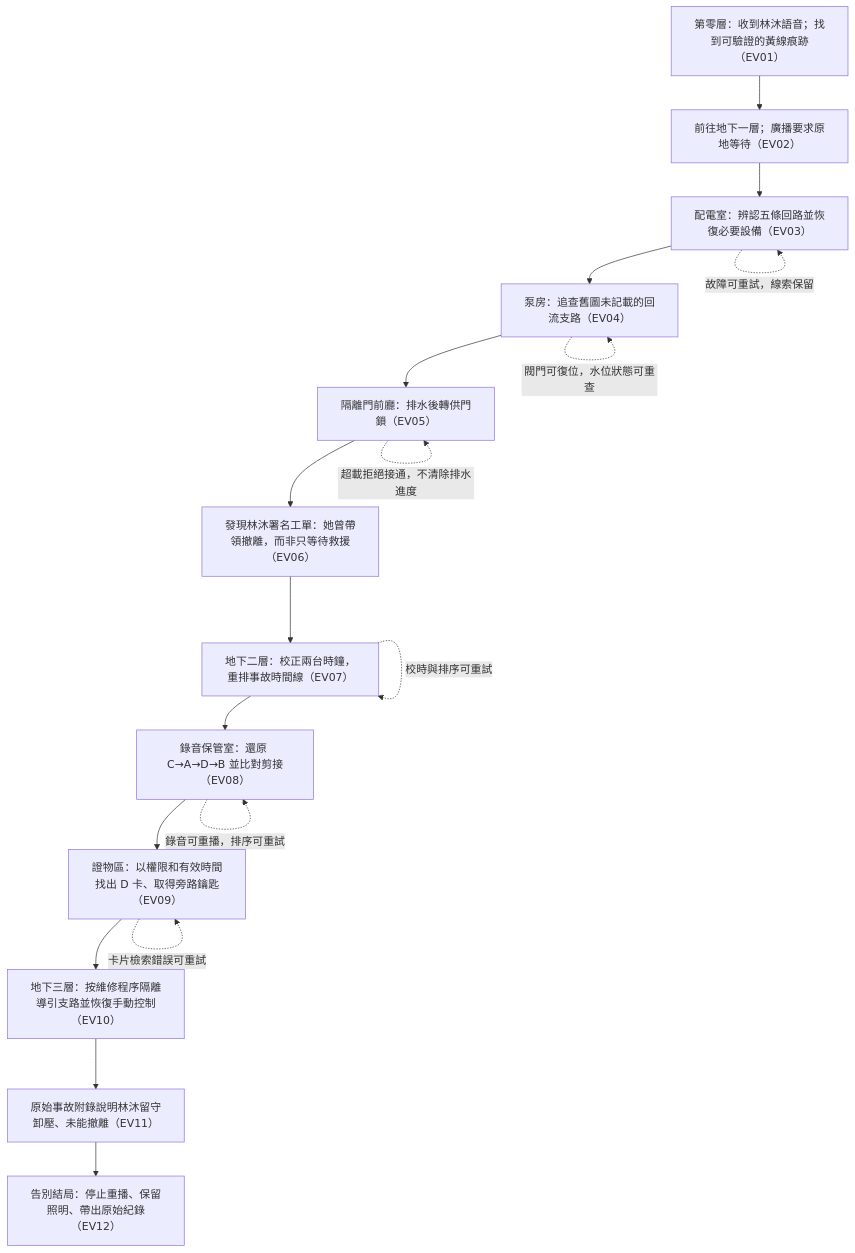
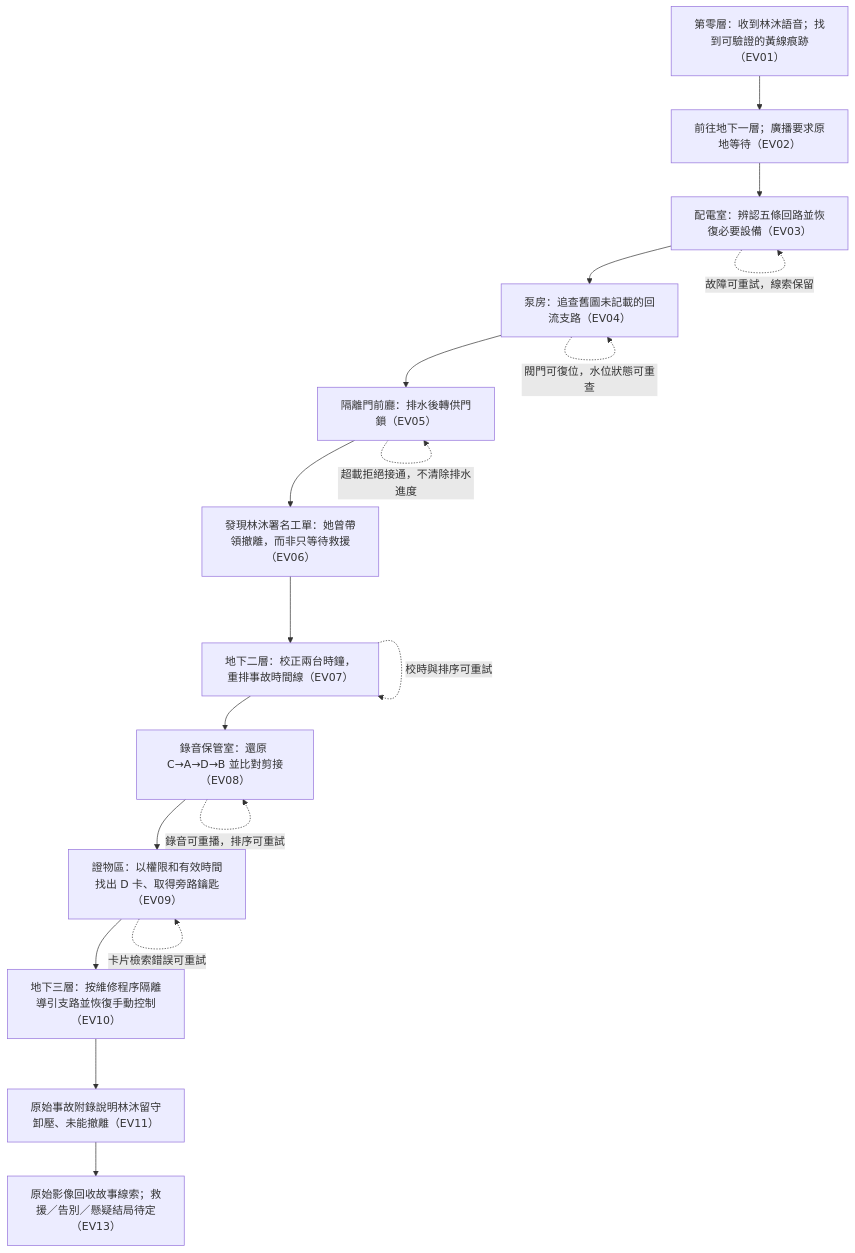
One commit to kevinliao998-bot/EscapeRoom changed the diagram in docs/Expanded-Story-Plan.md. Above: the diagram before and after it, drawn with Mermaid. The commit also changed other lines of this file, not shown here.

````diff
--- a/docs/Expanded-Story-Plan.md
+++ b/docs/Expanded-Story-Plan.md
@@ -27,20 +27,20 @@
 ```mermaid
 flowchart TD
   E01["第零層：收到林沐語音；找到可驗證的黃線痕跡（EV01）"] --> E02["前往地下一層；廣播要求原地等待（EV02）"]
   E02 --> E03["配電室：辨認五條回路並恢復必要設備（EV03）"]
   E03 --> E04["泵房：追查舊圖未記載的回流支路（EV04）"]
   E04 --> E05["隔離門前廳：排水後轉供門鎖（EV05）"]
   E05 --> E06["發現林沐署名工單：她曾帶領撤離，而非只等待救援（EV06）"]
   E06 --> E07["地下二層：校正兩台時鐘，重排事故時間線（EV07）"]
   E07 --> E08["錄音保管室：還原 C→A→D→B 並比對剪接（EV08）"]
   E08 --> E09["證物區：以權限和有效時間找出 D 卡、取得旁路鑰匙（EV09）"]
   E09 --> E10["地下三層：按維修程序隔離導引支路並恢復手動控制（EV10）"]
   E10 --> E11["原始事故附錄說明林沐留守卸壓、未能撤離（EV11）"]
-  E11 --> E12["告別結局：停止重播、保留照明、帶出原始紀錄（EV12）"]
+  E11 --> E12["原始影像回收故事線索；救援／告別／懸疑結局待定（EV13）"]
   E03 -. "故障可重試，線索保留" .-> E03
   E04 -. "閥門可復位，水位狀態可重查" .-> E04
   E05 -. "超載拒絕接通，不清除排水進度" .-> E05
   E07 -. "校時與排序可重試" .-> E07
   E08 -. "錄音可重播，排序可重試" .-> E08
   E09 -. "卡片檢索錯誤可重試" .-> E09
 ```
````
